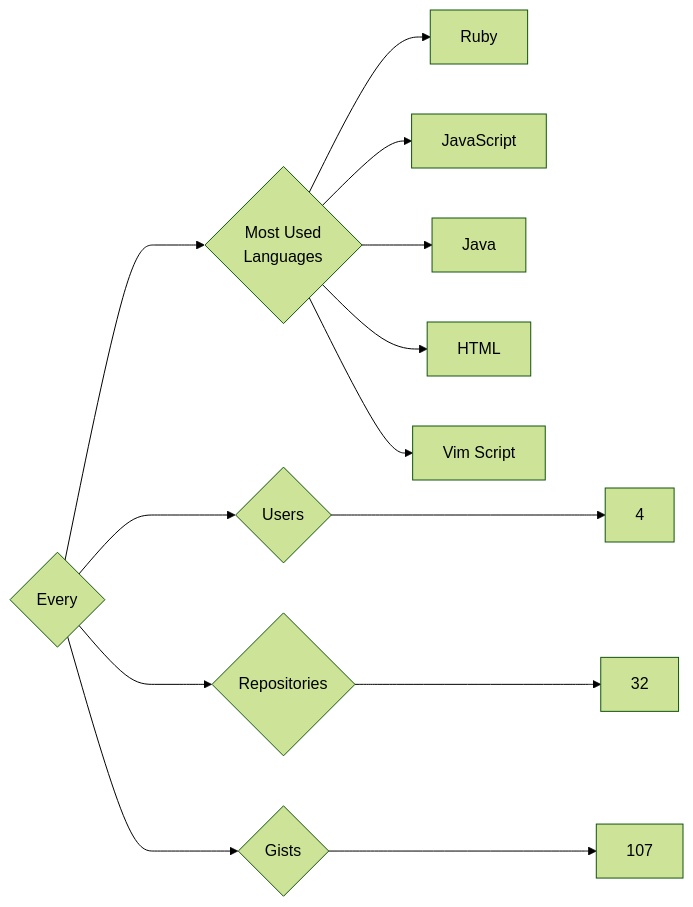
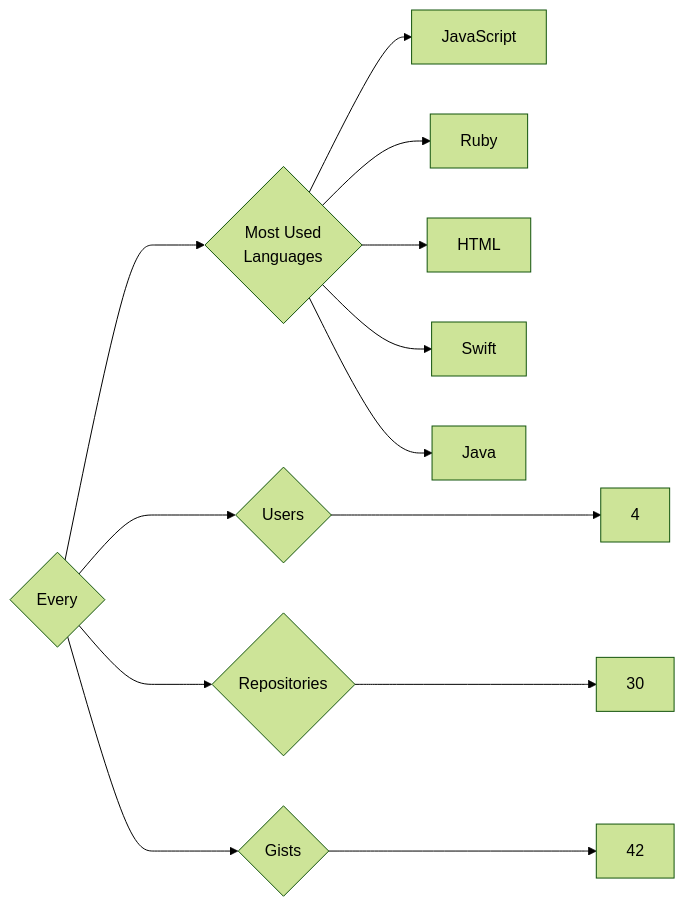
One commit to trickest/insiders changed the diagram in targets/Every/README.md. Above: the diagram before and after it, drawn with Mermaid (forest theme). The commit also changed 786 other files, not shown here.

````diff
--- a/targets/Every/README.md
+++ b/targets/Every/README.md
@@ -3,13 +3,13 @@
 ```mermaid
 graph LR
 COMPANY_NAME{Every}
 COMPANY_NAME ---> U{Users} ---> UN[4]
-COMPANY_NAME ---> R{Repositories} ---> RN[32]
-COMPANY_NAME ---> G{Gists} ---> GN[107]
+COMPANY_NAME ---> R{Repositories} ---> RN[30]
+COMPANY_NAME ---> G{Gists} ---> GN[42]
 COMPANY_NAME ---> ML{Most Used<br>Languages}
+ML --> JavaScript[JavaScript]
 ML --> Ruby[Ruby]
-ML --> JavaScript[JavaScript]
+ML --> HTML[HTML]
+ML --> Swift[Swift]
 ML --> Java[Java]
-ML --> HTML[HTML]
-ML --> Vim_Script[Vim Script]
 ```
````
